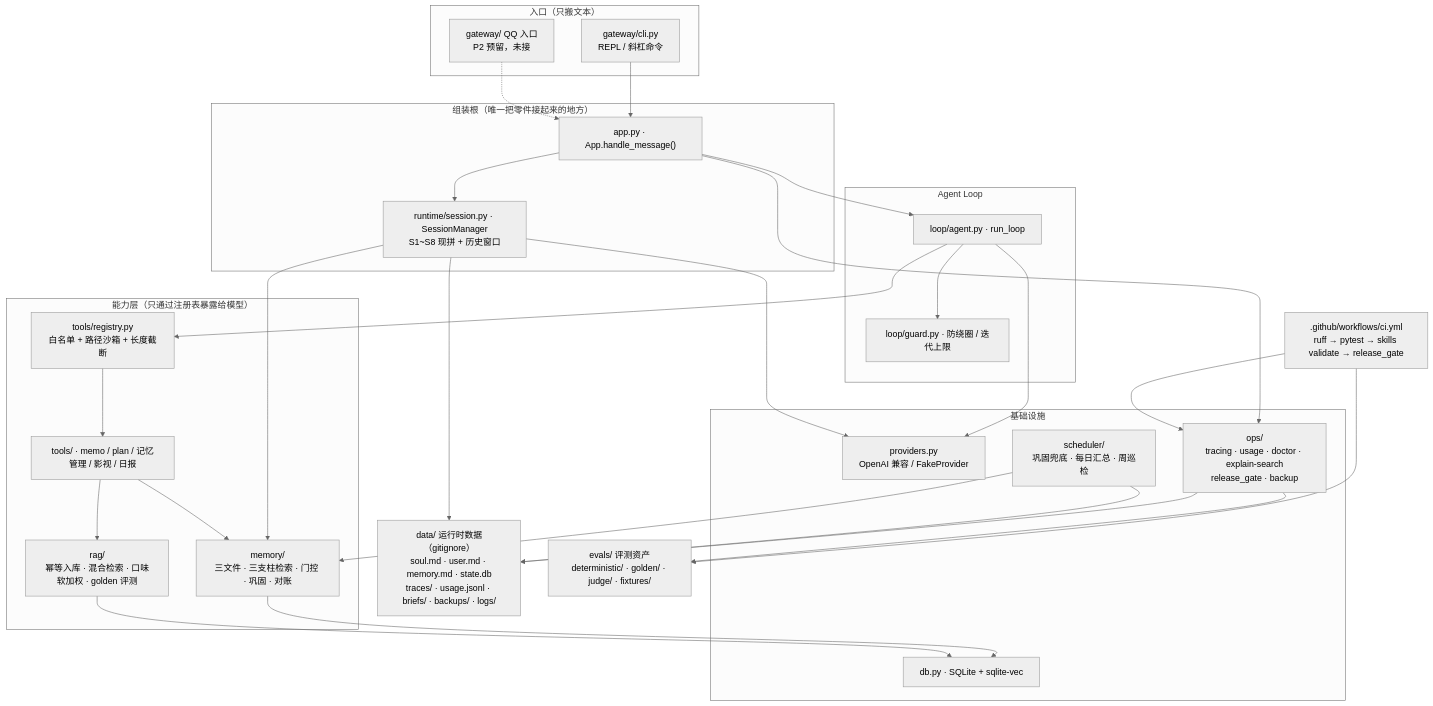
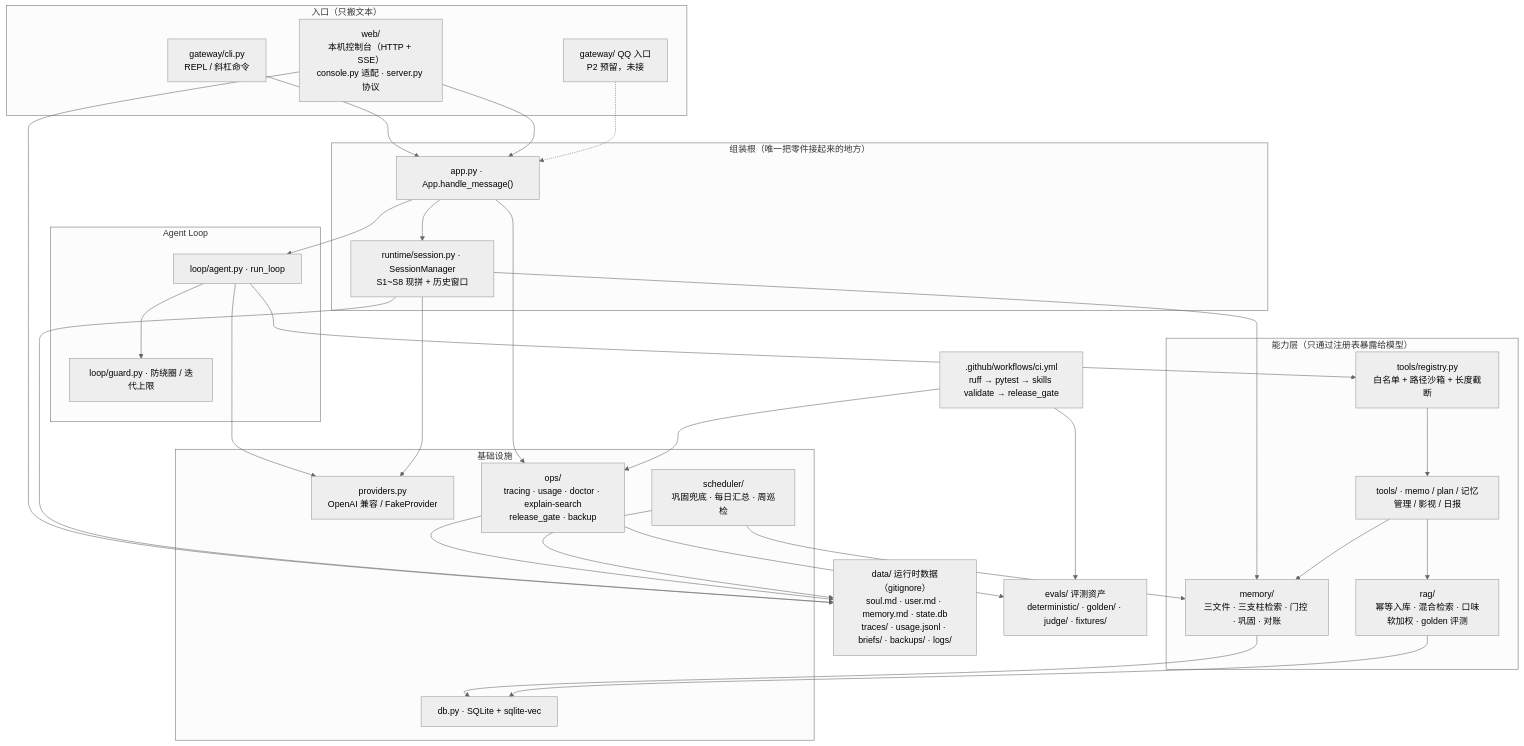
One commit to ruolike151/yixiang-agent changed the first of 2 diagrams in docs/architecture.md. Above: the diagram before and after it, drawn with Mermaid (neutral theme). The commit also changed other lines of this file and 15 other files, not shown here.

First line of the commit message:
feat: 本机 Web 测试控制台（六栏 + 上传 read_file + SSE）

````diff
--- a/docs/architecture.md
+++ b/docs/architecture.md
@@ -18,58 +18,61 @@
 ```mermaid
 flowchart TB
   subgraph entry["入口（只搬文本）"]
     CLI["gateway/cli.py<br/>REPL / 斜杠命令"]
+    WEB["web/<br/>本机控制台（HTTP + SSE）<br/>console.py 适配 · server.py 协议"]
     QQ["gateway/ QQ 入口<br/>P2 预留，未接"]
   end
 
   subgraph root["组装根（唯一把零件接起来的地方）"]
     APP["app.py · App.handle_message()"]
     SESS["runtime/session.py · SessionManager<br/>S1~S8 现拼 + 历史窗口"]
   end
 
   subgraph loop["Agent Loop"]
     AGENT["loop/agent.py · run_loop"]
     GUARD["loop/guard.py · 防绕圈 / 迭代上限"]
   end
 
   subgraph caps["能力层（只通过注册表暴露给模型）"]
     REG["tools/registry.py<br/>白名单 + 路径沙箱 + 长度截断"]
     TOOLS["tools/ · memo / plan / 记忆管理 / 影视 / 日报"]
     MEM["memory/<br/>三文件 · 三支柱检索 · 门控 · 巩固 · 对账"]
     RAG["rag/<br/>幂等入库 · 混合检索 · 口味软加权 · golden 评测"]
   end
 
   subgraph infra["基础设施"]
     PROV["providers.py<br/>OpenAI 兼容 / FakeProvider"]
     DB["db.py · SQLite + sqlite-vec"]
     OPS["ops/<br/>tracing · usage · doctor · explain-search<br/>release_gate · backup"]
     SCHED["scheduler/<br/>巩固兜底 · 每日汇总 · 周巡检"]
   end
 
   DATA["data/ 运行时数据（gitignore）<br/>soul.md · user.md · memory.md · state.db<br/>traces/ · usage.jsonl · briefs/ · backups/ · logs/"]
   EVAL["evals/ 评测资产<br/>deterministic/ · golden/ · judge/ · fixtures/"]
   CI[".github/workflows/ci.yml<br/>ruff → pytest → skills validate → release_gate"]
 
   CLI --> APP
+  WEB --> APP
+  WEB --> DATA
   QQ -.-> APP
   APP --> SESS
   APP --> AGENT
   AGENT --> GUARD
   AGENT --> REG
   AGENT --> PROV
   SESS --> MEM
   SESS --> PROV
   REG --> TOOLS
   TOOLS --> MEM
   TOOLS --> RAG
   MEM --> DB
   RAG --> DB
   SESS --> DATA
   APP --> OPS
   OPS --> DATA
   SCHED --> MEM
   SCHED --> DATA
   OPS --> EVAL
   CI --> EVAL
   CI --> OPS
 ```
````
